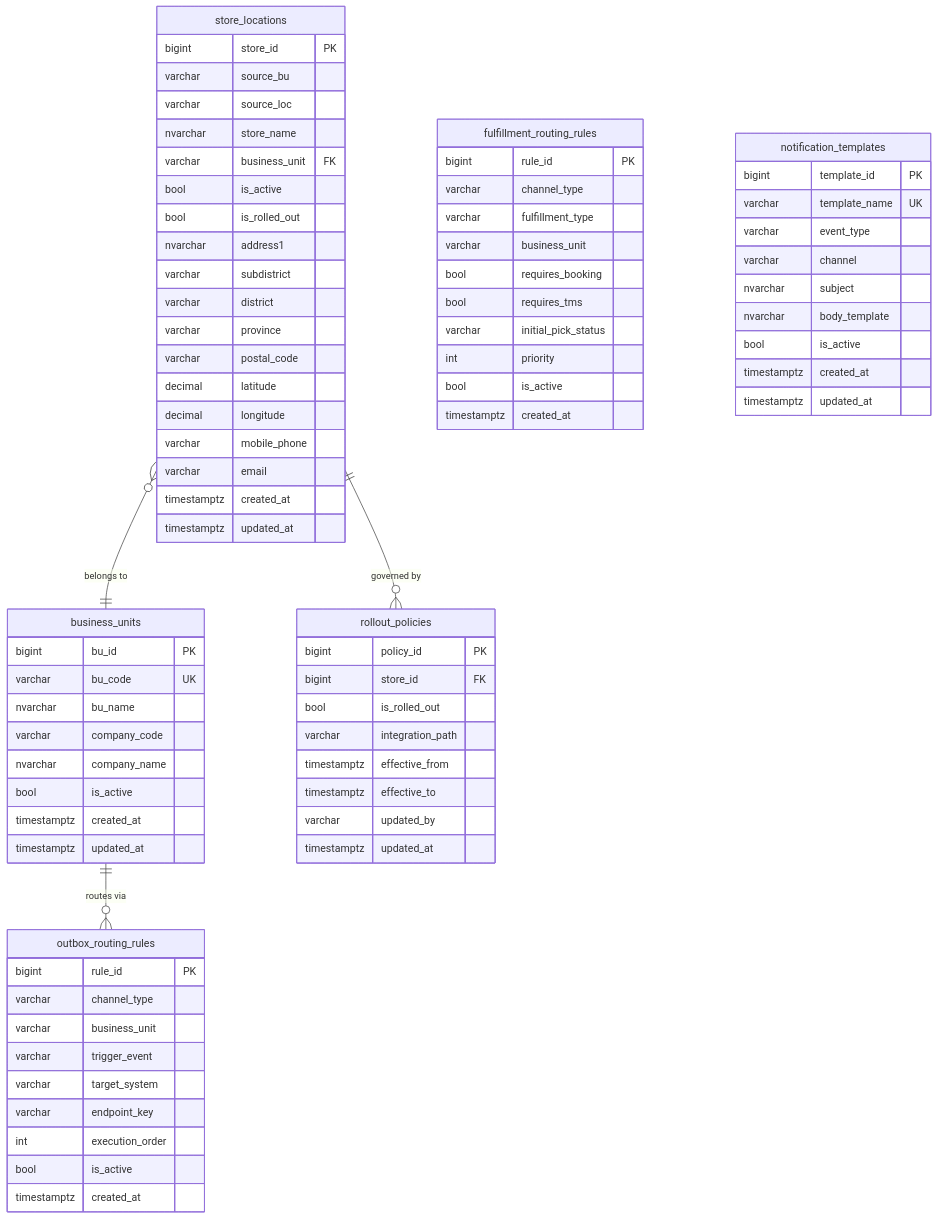
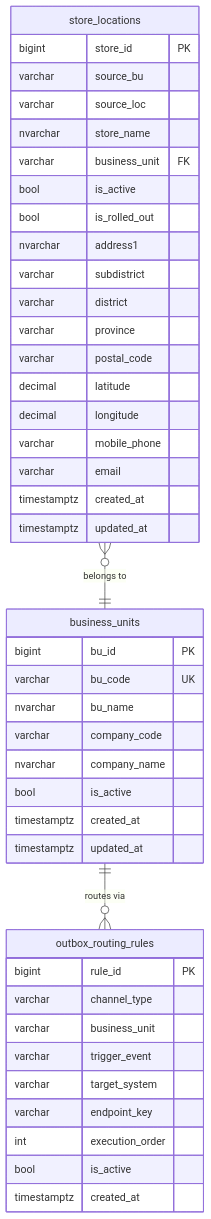
The fourth of 5 diagrams in docs/oms-er-diagrams.md (rosered11/oms-claude), drawn with Mermaid before and after one commit. The commit also changed 34 other files, not shown here.

````diff
--- a/docs/oms-er-diagrams.md
+++ b/docs/oms-er-diagrams.md
@@ -417,42 +417,6 @@
         timestamptz updated_at
     }
 
-    rollout_policies {
-        bigint  policy_id PK
-        bigint  store_id FK
-        bool    is_rolled_out
-        varchar integration_path
-        timestamptz effective_from
-        timestamptz effective_to
-        varchar updated_by
-        timestamptz updated_at
-    }
-
-    fulfillment_routing_rules {
-        bigint  rule_id PK
-        varchar channel_type
-        varchar fulfillment_type
-        varchar business_unit
-        bool    requires_booking
-        bool    requires_tms
-        varchar initial_pick_status
-        int     priority
-        bool    is_active
-        timestamptz created_at
-    }
-
-    notification_templates {
-        bigint  template_id PK
-        varchar template_name UK
-        varchar event_type
-        varchar channel
-        nvarchar subject
-        nvarchar body_template
-        bool    is_active
-        timestamptz created_at
-        timestamptz updated_at
-    }
-
     outbox_routing_rules {
         bigint  rule_id PK
         varchar channel_type
@@ -466,6 +430,5 @@
     }
 
     store_locations    }o--|| business_units         : "belongs to"
-    store_locations    ||--o{ rollout_policies        : "governed by"
     business_units     ||--o{ outbox_routing_rules    : "routes via"
 ```
````
